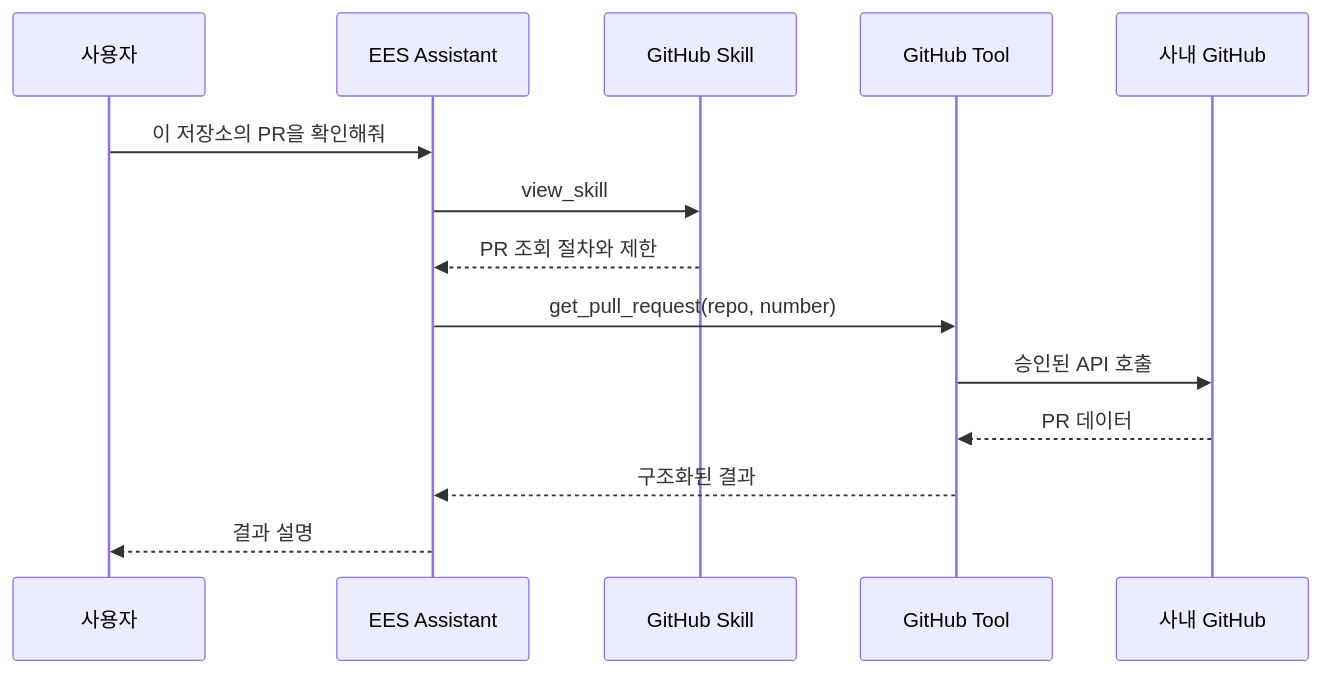
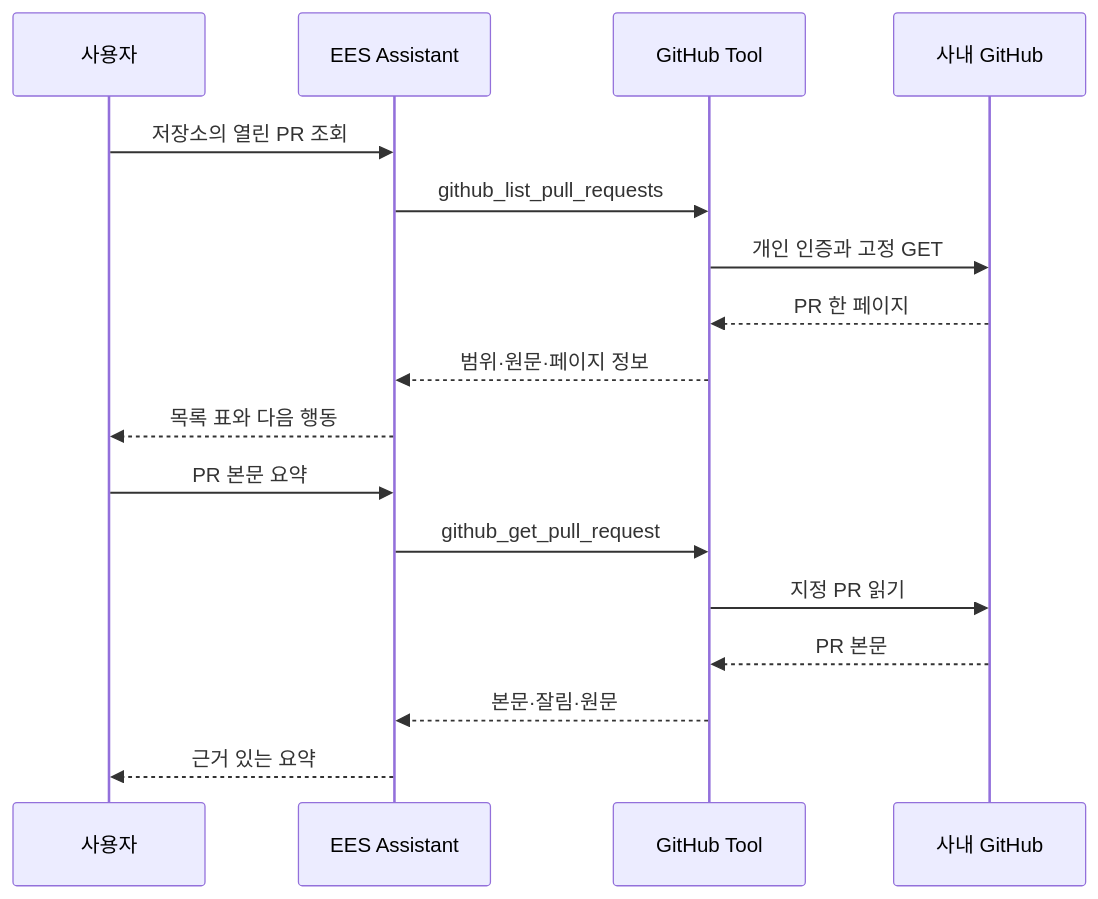
Before and after one commit to knadalkim-a11y/team-agent-poc: the second of 8 diagrams in docs/03-openwebui-native-agent.md, drawn with Mermaid. The commit also changed other lines of this file and 13 other files, not shown here.

Commit message:
feat: add GHES personal-token pull request reads

````diff
--- a/docs/03-openwebui-native-agent.md
+++ b/docs/03-openwebui-native-agent.md
@@ -30,17 +32,19 @@
 ```mermaid
 sequenceDiagram
     participant U as 사용자
     participant A as EES Assistant
-    participant S as GitHub Skill
     participant T as GitHub Tool
     participant G as 사내 GitHub
-
-    U->>A: 이 저장소의 PR을 확인해줘
-    A->>S: view_skill
-    S-->>A: PR 조회 절차와 제한
-    A->>T: get_pull_request(repo, number)
-    T->>G: 승인된 API 호출
-    G-->>T: PR 데이터
-    T-->>A: 구조화된 결과
-    A-->>U: 결과 설명
+    U->>A: 저장소의 열린 PR 조회
+    A->>T: github_list_pull_requests
+    T->>G: 개인 인증과 고정 GET
+    G-->>T: PR 한 페이지
+    T-->>A: 범위·원문·페이지 정보
+    A-->>U: 목록 표와 다음 행동
+    U->>A: PR 본문 요약
+    A->>T: github_get_pull_request
+    T->>G: 지정 PR 읽기
+    G-->>T: PR 본문
+    T-->>A: 본문·잘림·원문
+    A-->>U: 근거 있는 요약
 ```
````
